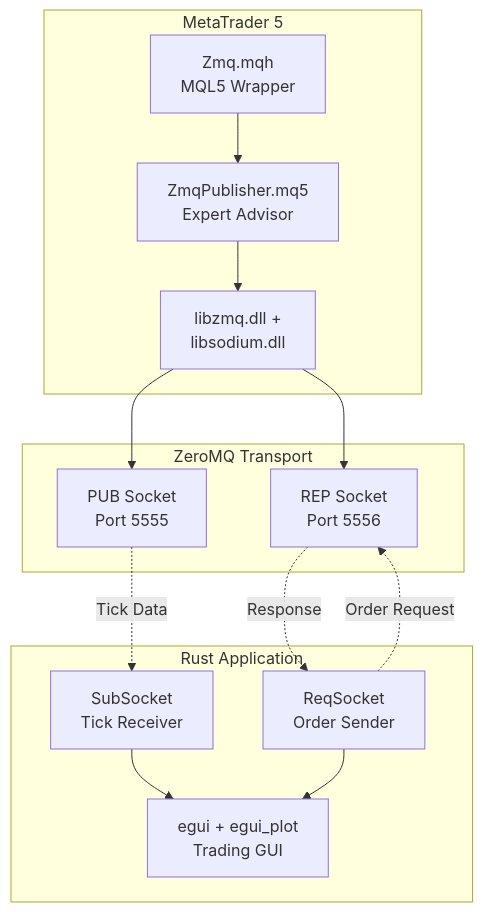
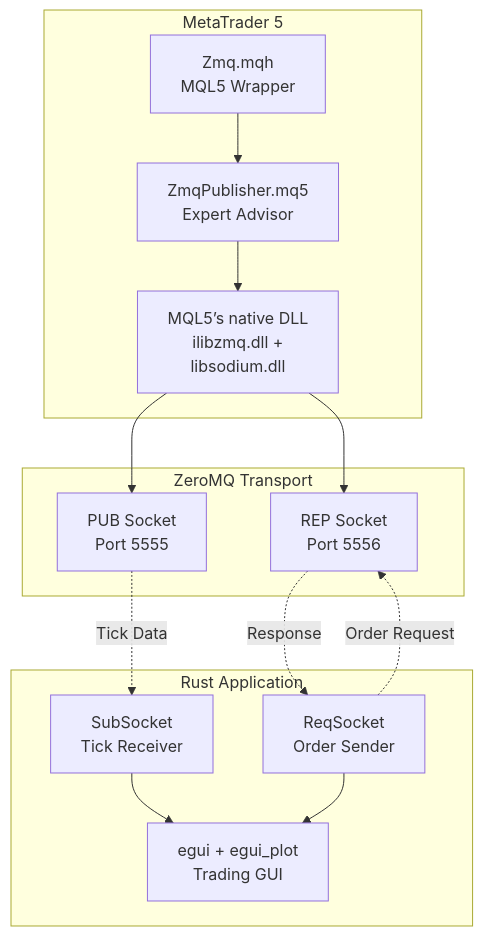
The first of 8 diagrams in MQL5-Rustmt5-chart-Documentation.md (algorembrant/SUM3API), drawn with Mermaid before and after one commit. The commit also changed 1 other file, not shown here.

Commit message:
feat: recent update call

````diff
--- a/MQL5-Rustmt5-chart-Documentation.md
+++ b/MQL5-Rustmt5-chart-Documentation.md
@@ -45,30 +45,30 @@
 ```mermaid
 flowchart TB
     subgraph MT5["MetaTrader 5"]
         EA[ZmqPublisher.mq5<br/>Expert Advisor]
-        ZMQ_LIB[libzmq.dll + <br/>libsodium.dll]
+        ZMQ_LIB[MQL5’s native DLL<br/>ilibzmq.dll + <br/>libsodium.dll]
         WRAPPER[Zmq.mqh<br/>MQL5 Wrapper]
     end
     
     subgraph Network["ZeroMQ Transport"]
         PUB_SOCKET[PUB Socket<br/>Port 5555]
         REP_SOCKET[REP Socket<br/>Port 5556]
     end
     
     subgraph RUST["Rust Application"]
         SUB[SubSocket<br/>Tick Receiver]
         REQ[ReqSocket<br/>Order Sender]
         GUI[egui + egui_plot<br/>Trading GUI]
     end
     
     EA --> ZMQ_LIB
     ZMQ_LIB --> PUB_SOCKET & REP_SOCKET
     WRAPPER --> EA
     
     PUB_SOCKET -.->|Tick Data| SUB
     REQ -.->|Order Request| REP_SOCKET
     REP_SOCKET -.->|Response| REQ
     
     SUB --> GUI
     REQ --> GUI
 ```
````
